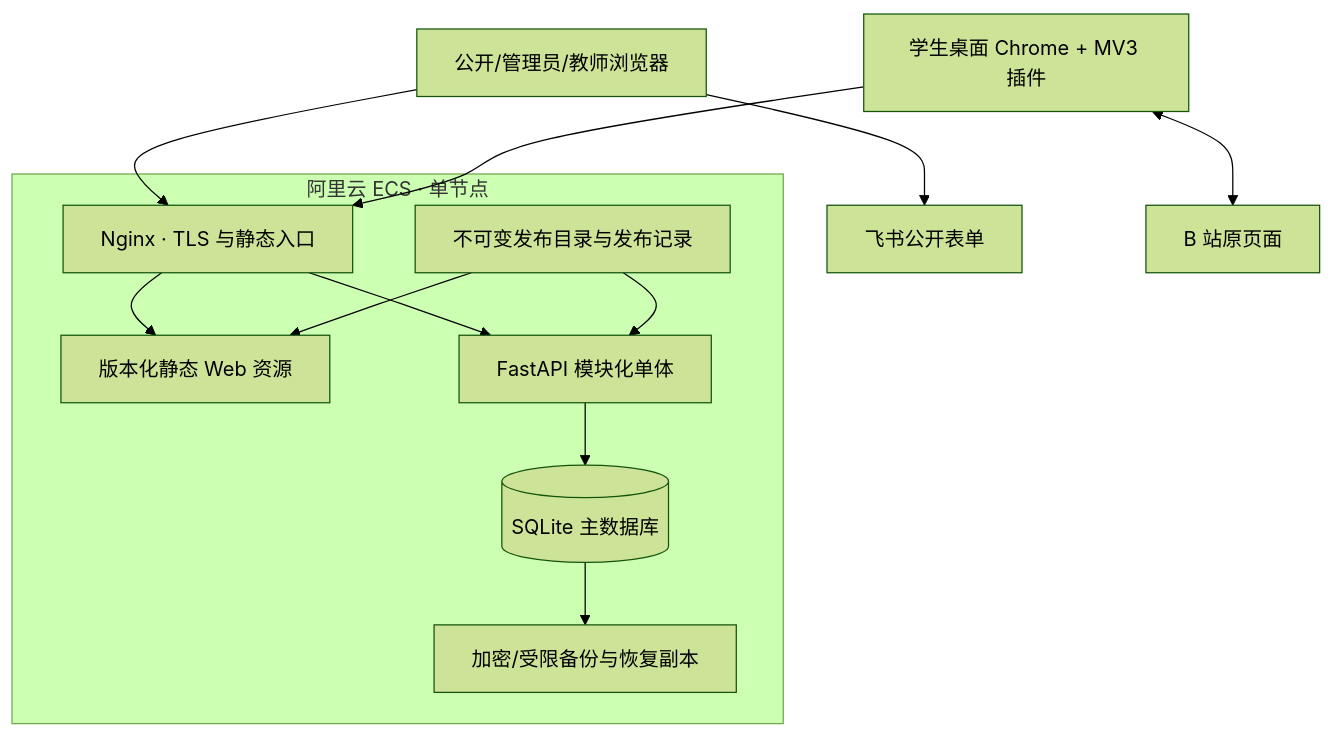
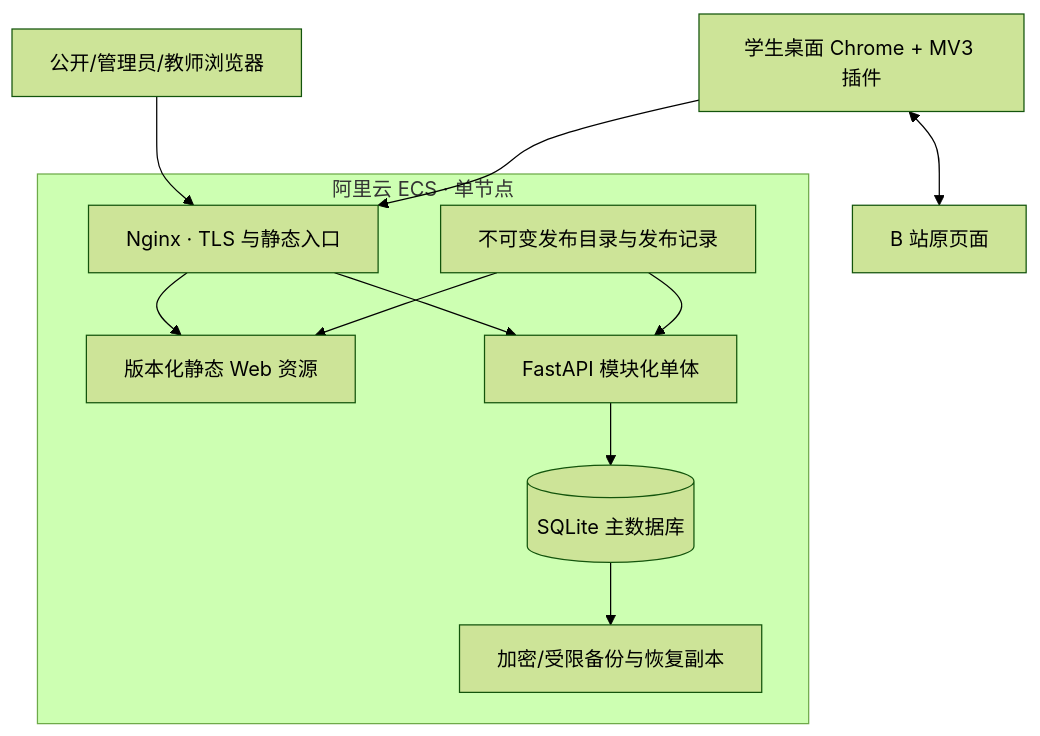
Before and after one commit to xiaobaiworld/lessonpilot: the second of 2 diagrams in doc/design/v1/03-system-architecture.md, drawn with Mermaid (forest theme). The commit also changed other lines of this file and 90 other files, not shown here.

````diff
--- a/doc/design/v1/03-system-architecture.md
+++ b/doc/design/v1/03-system-architecture.md
@@ -118,27 +119,25 @@
 ```mermaid
 flowchart TB
   Browser[公开/管理员/教师浏览器]
   Chrome[学生桌面 Chrome + MV3 插件]
-  Feishu[飞书公开表单]
   Bili[B 站原页面]
 
   subgraph ECS[阿里云 ECS · 单节点]
     Nginx[Nginx · TLS 与静态入口]
     Static[版本化静态 Web 资源]
     API[FastAPI 模块化单体]
     DB[(SQLite 主数据库)]
     Releases[不可变发布目录与发布记录]
     Backups[加密/受限备份与恢复副本]
     Nginx --> Static
     Nginx --> API
     API --> DB
     DB --> Backups
     Releases --> Static
     Releases --> API
   end
 
   Browser --> Nginx
-  Browser --> Feishu
   Chrome --> Nginx
   Chrome <--> Bili
 ```
````
